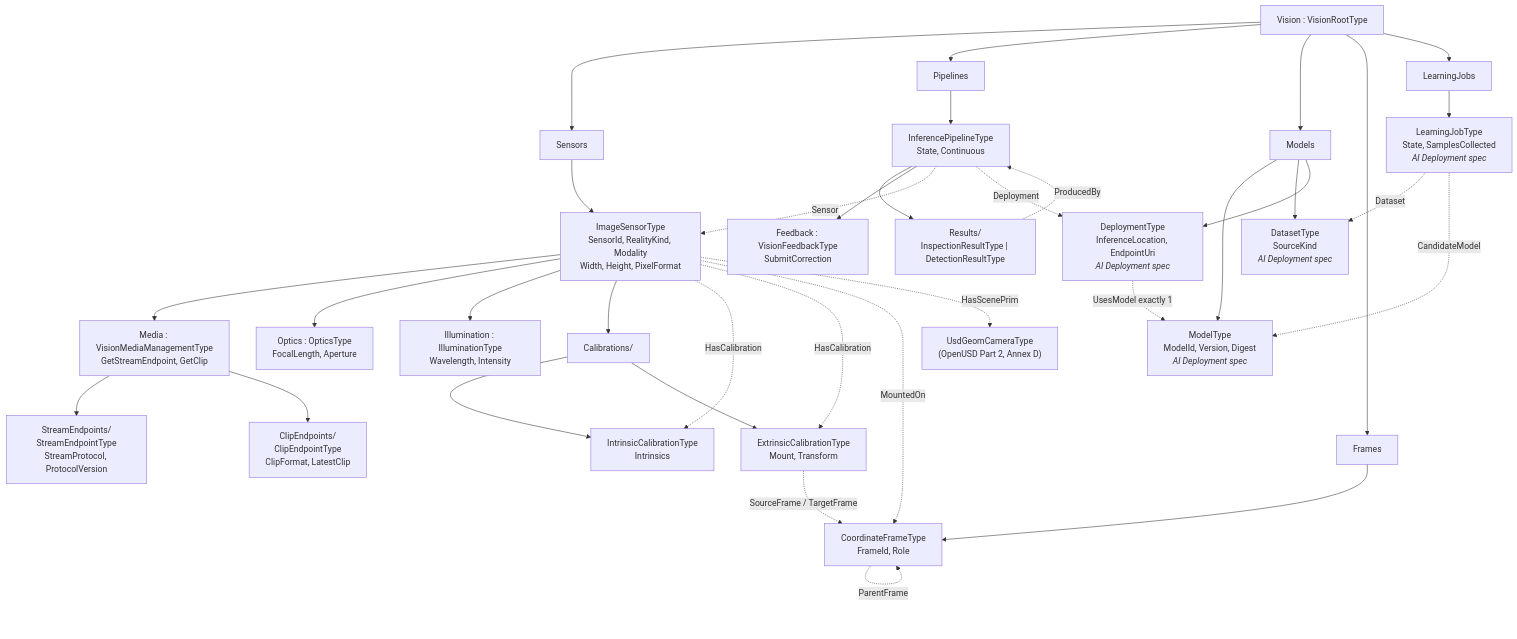
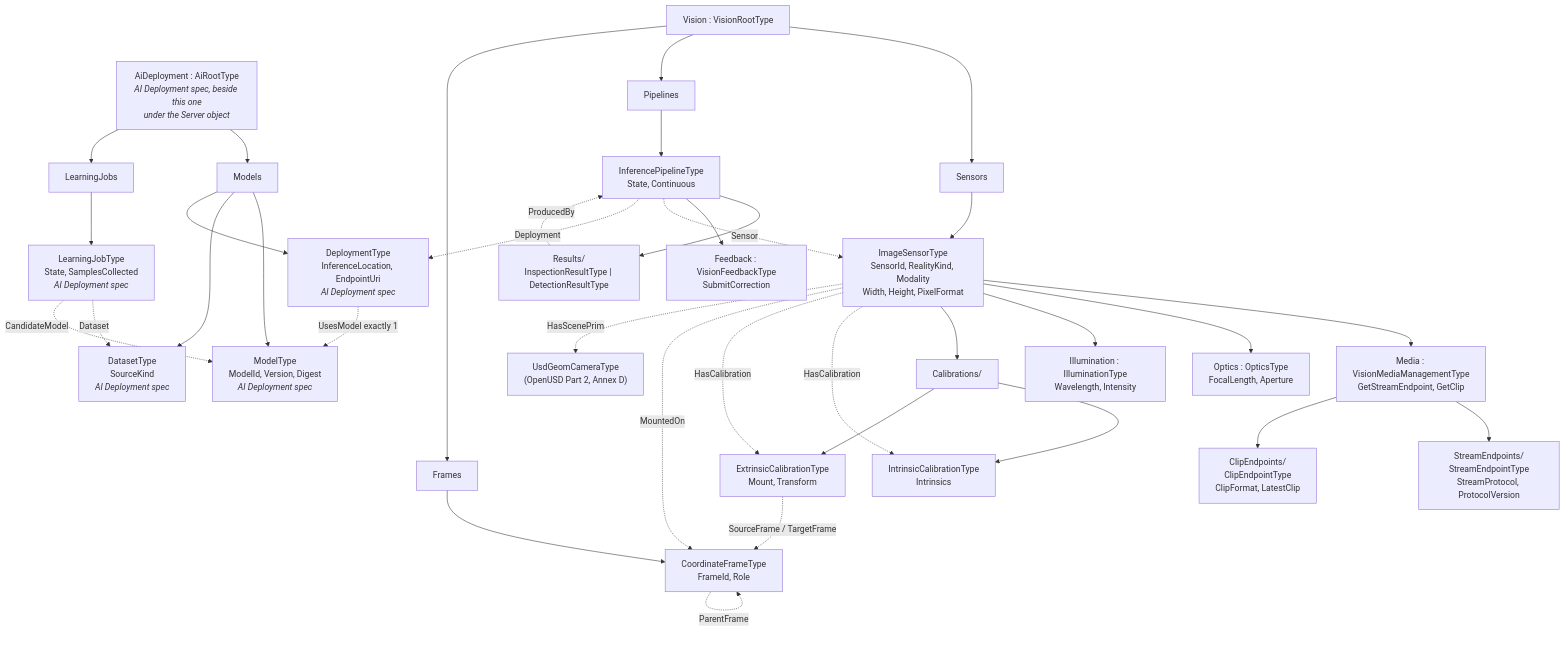
The third of 10 diagrams in metaverse-specs/vision/OPC-UA-Vision.md (marcschier/opcua-drafts), drawn with Mermaid before and after one commit. The commit also changed other lines of this file and 12 other files, not shown here.

````diff
--- a/metaverse-specs/vision/OPC-UA-Vision.md
+++ b/metaverse-specs/vision/OPC-UA-Vision.md
@@ -220,45 +222,46 @@
 ```mermaid
 graph TD
     ROOT["Vision : VisionRootType"]
+    AIROOT["AiDeployment : AiRootType<br/><i>AI Deployment spec, beside this one<br/>under the Server object</i>"]
+    AIROOT --> FM["Models"]
+    AIROOT --> FJ["LearningJobs"]
     ROOT --> FS["Sensors"]
     ROOT --> FP["Pipelines"]
-    ROOT --> FM["Models"]
     ROOT --> FF["Frames"]
-    ROOT --> FJ["LearningJobs"]
 
     FS --> SENSOR["ImageSensorType<br/>SensorId, RealityKind, Modality<br/>Width, Height, PixelFormat"]
     SENSOR --> MEDIA["Media : VisionMediaManagementType<br/>GetStreamEndpoint, GetClip"]
     MEDIA --> SEP["StreamEndpoints/<br/>StreamEndpointType<br/>StreamProtocol, ProtocolVersion"]
     MEDIA --> CEP["ClipEndpoints/<br/>ClipEndpointType<br/>ClipFormat, LatestClip"]
     SENSOR --> OPT["Optics : OpticsType<br/>FocalLength, Aperture"]
     SENSOR --> ILL["Illumination : IlluminationType<br/>Wavelength, Intensity"]
     SENSOR --> CALS["Calibrations/"]
     CALS --> ICAL["IntrinsicCalibrationType<br/>Intrinsics"]
     CALS --> ECAL["ExtrinsicCalibrationType<br/>Mount, Transform"]
 
     FF --> FRAME["CoordinateFrameType<br/>FrameId, Role"]
 
     FM --> MODEL["ModelType<br/>ModelId, Version, Digest<br/><i>AI Deployment spec</i>"]
     FM --> DSET["DatasetType<br/>SourceKind<br/><i>AI Deployment spec</i>"]
     FM --> DEPL["DeploymentType<br/>InferenceLocation, EndpointUri<br/><i>AI Deployment spec</i>"]
 
     FP --> PIPE["InferencePipelineType<br/>State, Continuous"]
     PIPE --> RES["Results/<br/>InspectionResultType | DetectionResultType"]
     PIPE --> FB["Feedback : VisionFeedbackType<br/>SubmitCorrection"]
 
     FJ --> JOB["LearningJobType<br/>State, SamplesCollected<br/><i>AI Deployment spec</i>"]
 
     SENSOR -.HasCalibration.-> ICAL
     SENSOR -.HasCalibration.-> ECAL
     SENSOR -.MountedOn.-> FRAME
     SENSOR -.HasScenePrim.-> PRIM["UsdGeomCameraType<br/>(OpenUSD Part 2, Annex D)"]
     DEPL -.UsesModel exactly 1.-> MODEL
     RES -.ProducedBy.-> PIPE
 
     PIPE -.->|Sensor| SENSOR
     PIPE -.->|Deployment| DEPL
     ECAL -.->|SourceFrame / TargetFrame| FRAME
     FRAME -.->|ParentFrame| FRAME
     JOB -.->|Dataset| DSET
     JOB -.->|CandidateModel| MODEL
 ```
````
